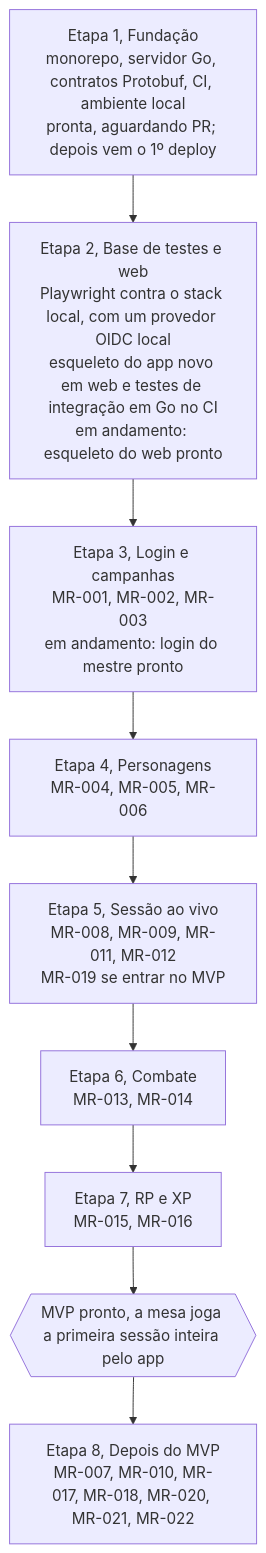
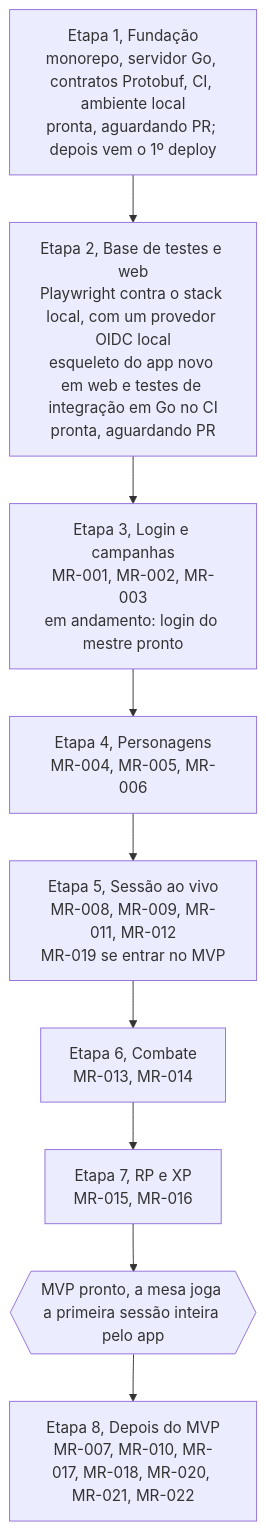
The diagram in docs/roadmap.md (PuraFome/meuRPG), drawn with Mermaid before and after one commit. The commit also changed other lines of this file and 37 other files, not shown here.

First line of the commit message:
test: add end-to-end tests with a local dev OIDC provider

````diff
--- a/docs/roadmap.md
+++ b/docs/roadmap.md
@@ -5,14 +5,14 @@
 ```mermaid
 flowchart TD
     E1["Etapa 1, Fundação<br/>monorepo, servidor Go, contratos Protobuf, CI, ambiente local<br/>pronta, aguardando PR; depois vem o 1º deploy"]
-    E2["Etapa 2, Base de testes e web<br/>Playwright contra o stack local, com um provedor OIDC local<br/>esqueleto do app novo em web e testes de integração em Go no CI<br/>em andamento: esqueleto do web pronto"]
+    E2["Etapa 2, Base de testes e web<br/>Playwright contra o stack local, com um provedor OIDC local<br/>esqueleto do app novo em web e testes de integração em Go no CI<br/>pronta, aguardando PR"]
     E3["Etapa 3, Login e campanhas<br/>MR-001, MR-002, MR-003<br/>em andamento: login do mestre pronto"]
     E4["Etapa 4, Personagens<br/>MR-004, MR-005, MR-006"]
     E5["Etapa 5, Sessão ao vivo<br/>MR-008, MR-009, MR-011, MR-012<br/>MR-019 se entrar no MVP"]
     E6["Etapa 6, Combate<br/>MR-013, MR-014"]
     E7["Etapa 7, RP e XP<br/>MR-015, MR-016"]
     MVP{{"MVP pronto, a mesa joga a primeira sessão inteira pelo app"}}
     E8["Etapa 8, Depois do MVP<br/>MR-007, MR-010, MR-017, MR-018, MR-020, MR-021, MR-022"]
 
     E1 --> E2 --> E3 --> E4 --> E5 --> E6 --> E7 --> MVP --> E8
 ```
````
